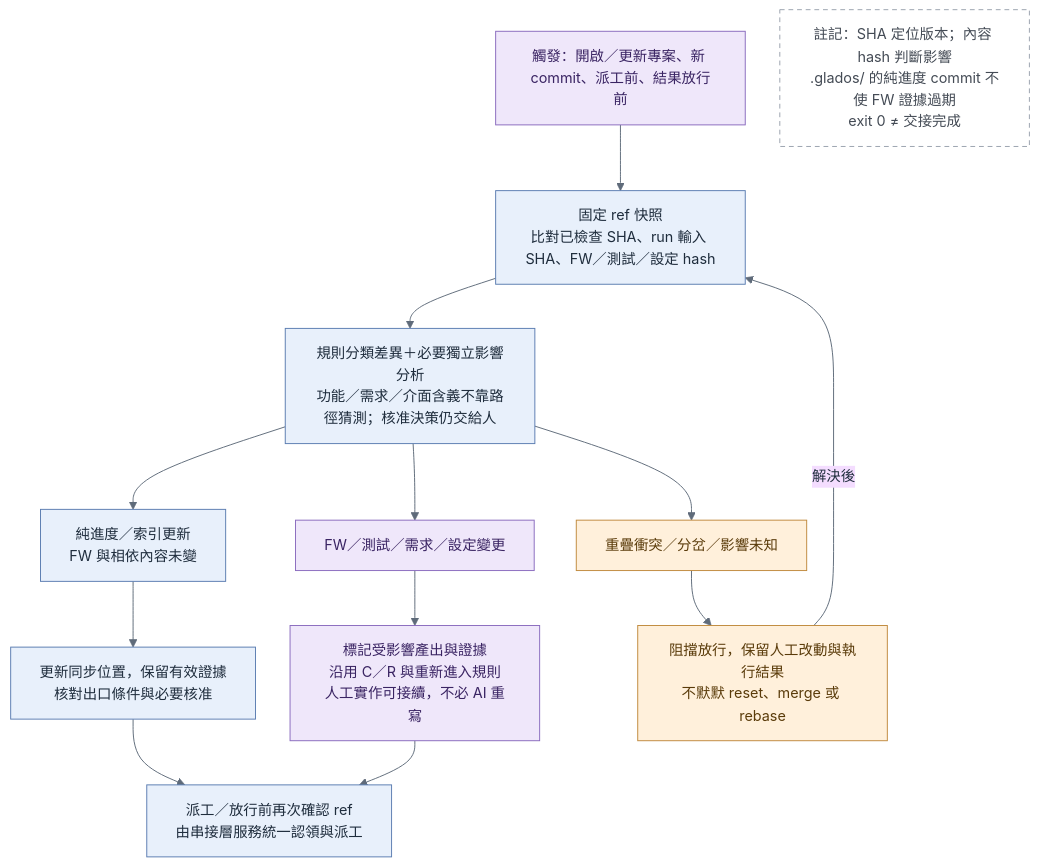
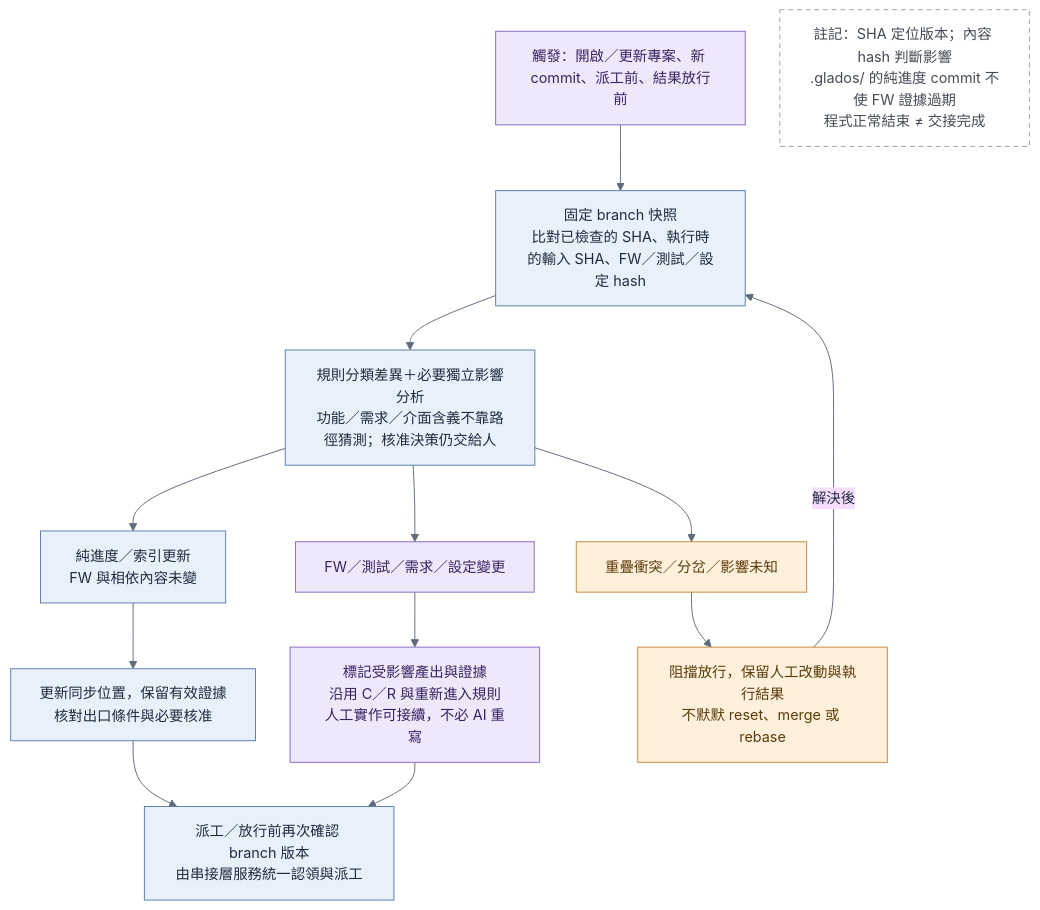
Before and after one commit to kevintsou/glados: the diagram in diagrams/glados_sync_flow.mmd, drawn with Mermaid. The commit also changed 34 other files, not shown here.

```diff
--- a/diagrams/glados_sync_flow.mmd
+++ b/diagrams/glados_sync_flow.mmd
@@ -1,18 +1,18 @@
 %%{init: {"theme":"base","themeVariables":{"fontSize":"15px","lineColor":"#5F6B7A","primaryTextColor":"#1F2D3D"},"flowchart":{"curve":"basis","nodeSpacing":36,"rankSpacing":46,"htmlLabels":true}}}%%
 flowchart TD
-  T["觸發：開啟／更新專案、新 commit、派工前、結果放行前"]:::route --> SNAP["固定 ref 快照<br/>比對已檢查 SHA、run 輸入 SHA、FW／測試／設定 hash"]:::exec
+  T["觸發：開啟／更新專案、新 commit、派工前、結果放行前"]:::route --> SNAP["固定 branch 快照<br/>比對已檢查的 SHA、執行時的輸入 SHA、FW／測試／設定 hash"]:::exec
   SNAP --> AN["規則分類差異＋必要獨立影響分析<br/>功能／需求／介面含義不靠路徑猜測；核准決策仍交給人"]:::exec
   AN --> META["純進度／索引更新<br/>FW 與相依內容未變"]:::exec
   AN --> CHG["FW／測試／需求／設定變更"]:::route
   AN --> CON["重疊衝突／分岔／影響未知"]:::human
   META --> OK["更新同步位置，保留有效證據<br/>核對出口條件與必要核准"]:::exec
   CHG --> INV["標記受影響產出與證據<br/>沿用 C／R 與重新進入規則<br/>人工實作可接續，不必 AI 重寫"]:::route
   CON --> BLK["阻擋放行，保留人工改動與執行結果<br/>不默默 reset、merge 或 rebase"]:::human
   BLK -->|解決後| SNAP
-  OK --> GUARD["派工／放行前再次確認 ref<br/>由串接層服務統一認領與派工"]:::exec
+  OK --> GUARD["派工／放行前再次確認 branch 版本<br/>由串接層服務統一認領與派工"]:::exec
   INV --> GUARD
-  N["註記：SHA 定位版本；內容 hash 判斷影響<br/>.glados/ 的純進度 commit 不使 FW 證據過期<br/>exit 0 ≠ 交接完成"]:::note
+  N["註記：SHA 定位版本；內容 hash 判斷影響<br/>.glados/ 的純進度 commit 不使 FW 證據過期<br/>程式正常結束 ≠ 交接完成"]:::note
   classDef exec fill:#E8F0FB,stroke:#5B7DB1,color:#1F2D3D;
   classDef human fill:#FFF0DB,stroke:#C08A3E,color:#5A3B0A;
   classDef route fill:#EFE7FA,stroke:#8A6BBE,color:#3A2463;
   classDef note fill:#FFFFFF,stroke:#9AA3AE,stroke-dasharray:5 4,color:#444B55;
```
